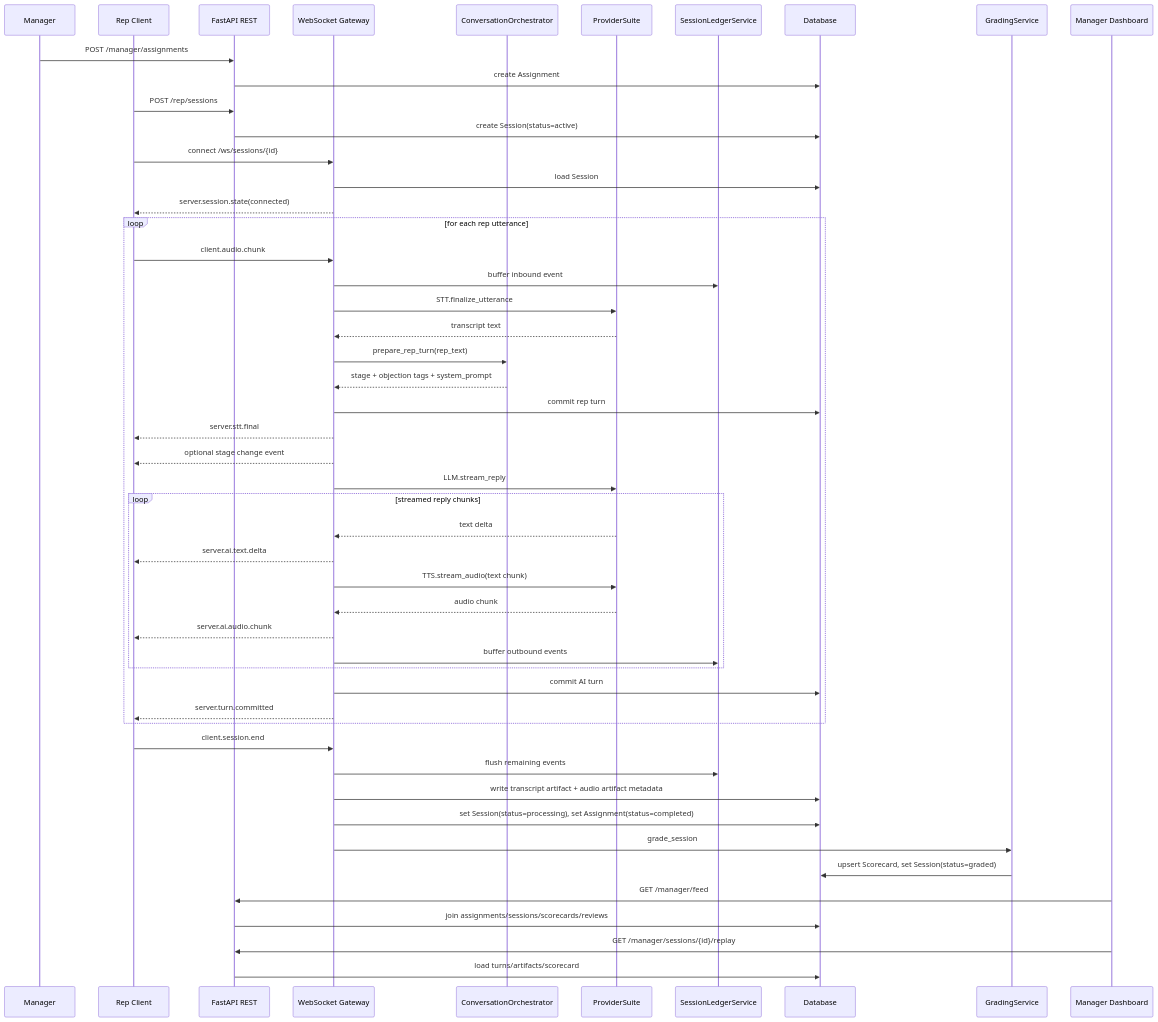
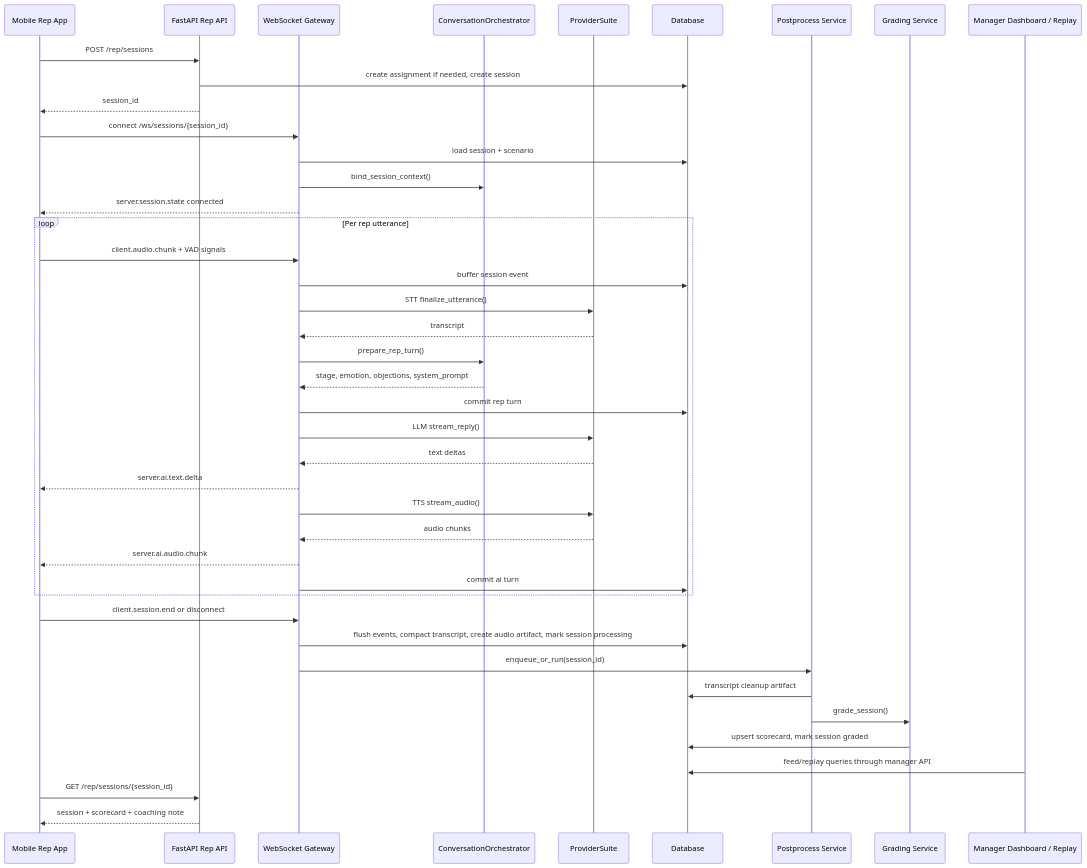
The second of 2 diagrams in SYSTEM_ARCHITECTURE_ANALYSIS.md (calelamb/doordrill), drawn with Mermaid before and after one commit. The commit also changed other lines of this file and 13 other files, not shown here.

Commit message:
Commit remaining workspace changes

````diff
--- a/SYSTEM_ARCHITECTURE_ANALYSIS.md
+++ b/SYSTEM_ARCHITECTURE_ANALYSIS.md
@@ -281,58 +359,49 @@
 ```mermaid
 sequenceDiagram
-    participant Manager
-    participant RepClient as Rep Client
-    participant Rest as FastAPI REST
+    participant Rep as Mobile Rep App
+    participant API as FastAPI Rep API
     participant WS as WebSocket Gateway
     participant Orch as ConversationOrchestrator
-    participant Providers as ProviderSuite
-    participant Ledger as SessionLedgerService
+    participant Prov as ProviderSuite
     participant DB as Database
-    participant Grader as GradingService
-    participant Dashboard as Manager Dashboard
+    participant Post as Postprocess Service
+    participant Grade as Grading Service
+    participant Mgr as Manager Dashboard / Replay
 
-    Manager->>Rest: POST /manager/assignments
-    Rest->>DB: create Assignment
+    Rep->>API: POST /rep/sessions
+    API->>DB: create assignment if needed, create session
+    API-->>Rep: session_id
 
-    RepClient->>Rest: POST /rep/sessions
-    Rest->>DB: create Session(status=active)
+    Rep->>WS: connect /ws/sessions/{session_id}
+    WS->>DB: load session + scenario
+    WS->>Orch: bind_session_context()
+    WS-->>Rep: server.session.state connected
 
-    RepClient->>WS: connect /ws/sessions/{id}
-    WS->>DB: load Session
-    WS-->>RepClient: server.session.state(connected)
-
-    loop for each rep utterance
-        RepClient->>WS: client.audio.chunk
-        WS->>Ledger: buffer inbound event
-        WS->>Providers: STT.finalize_utterance
-        Providers-->>WS: transcript text
-        WS->>Orch: prepare_rep_turn(rep_text)
-        Orch-->>WS: stage + objection tags + system_prompt
+    loop Per rep utterance
+        Rep->>WS: client.audio.chunk + VAD signals
+        WS->>DB: buffer session event
+        WS->>Prov: STT finalize_utterance()
+        Prov-->>WS: transcript
+        WS->>Orch: prepare_rep_turn()
+        Orch-->>WS: stage, emotion, objections, system_prompt
         WS->>DB: commit rep turn
-        WS-->>RepClient: server.stt.final
-        WS-->>RepClient: optional stage change event
-        WS->>Providers: LLM.stream_reply
-        loop streamed reply chunks
-            Providers-->>WS: text delta
-            WS-->>RepClient: server.ai.text.delta
-            WS->>Providers: TTS.stream_audio(text chunk)
-            Providers-->>WS: audio chunk
-            WS-->>RepClient: server.ai.audio.chunk
-            WS->>Ledger: buffer outbound events
-        end
-        WS->>DB: commit AI turn
-        WS-->>RepClient: server.turn.committed
+        WS->>Prov: LLM stream_reply()
+        Prov-->>WS: text deltas
+        WS-->>Rep: server.ai.text.delta
+        WS->>Prov: TTS stream_audio()
+        Prov-->>WS: audio chunks
+        WS-->>Rep: server.ai.audio.chunk
+        WS->>DB: commit ai turn
     end
 
-    RepClient->>WS: client.session.end
-    WS->>Ledger: flush remaining events
-    WS->>DB: write transcript artifact + audio artifact metadata
-    WS->>DB: set Session(status=processing), set Assignment(status=completed)
-    WS->>Grader: grade_session
-    Grader->>DB: upsert Scorecard, set Session(status=graded)
+    Rep->>WS: client.session.end or disconnect
+    WS->>DB: flush events, compact transcript, create audio artifact, mark session processing
+    WS->>Post: enqueue_or_run(session_id)
+    Post->>DB: transcript cleanup artifact
+    Post->>Grade: grade_session()
+    Grade->>DB: upsert scorecard, mark session graded
 
-    Dashboard->>Rest: GET /manager/feed
-    Rest->>DB: join assignments/sessions/scorecards/reviews
-    Dashboard->>Rest: GET /manager/sessions/{id}/replay
-    Rest->>DB: load turns/artifacts/scorecard
+    Mgr->>DB: feed/replay queries through manager API
+    Rep->>API: GET /rep/sessions/{session_id}
+    API-->>Rep: session + scorecard + coaching note
 ```
````
